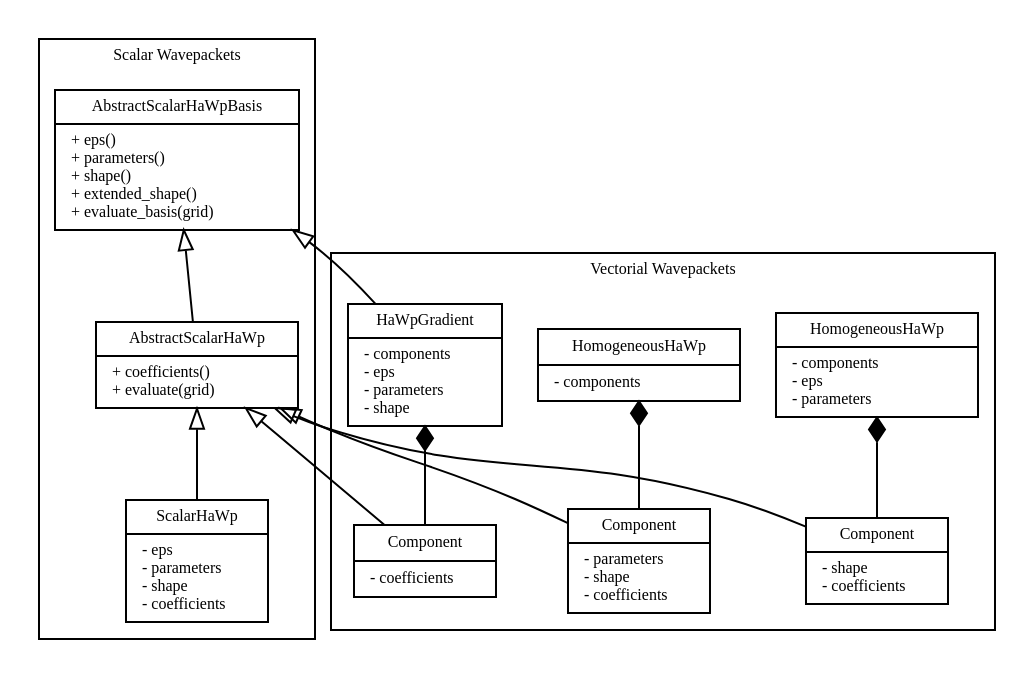
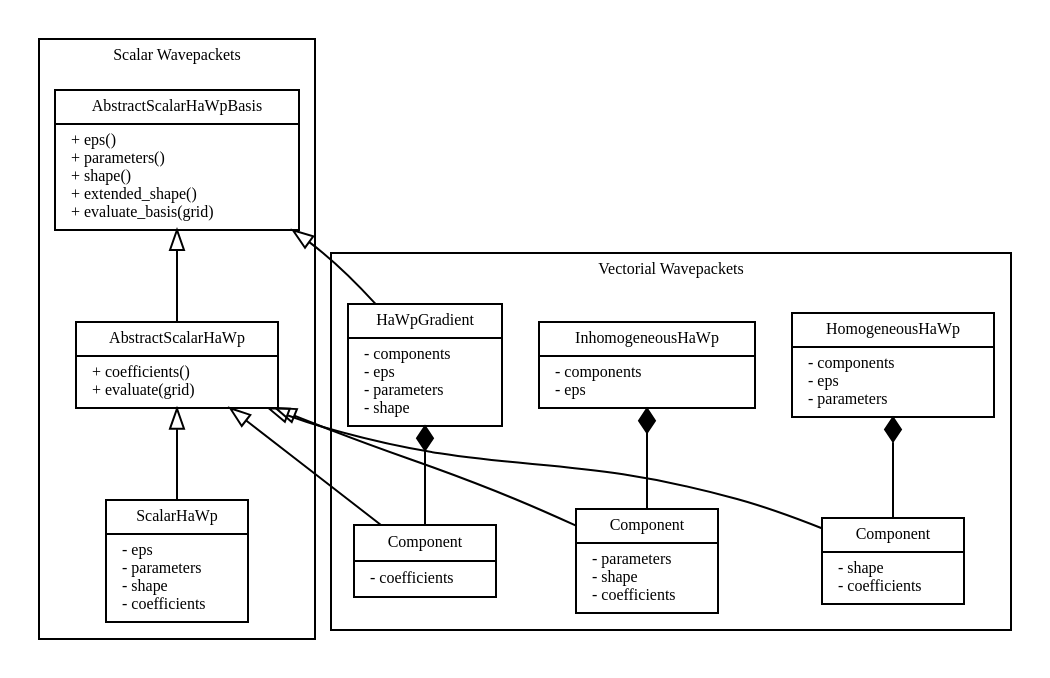
The diagram in doc/hawp_inheritance.dot (WaveBlocks/libwaveblocks), drawn with Graphviz before and after one commit.

Commit message:
More corrections to UMLx

```diff
--- a/doc/hawp_inheritance.dot
+++ b/doc/hawp_inheritance.dot
@@ -1,92 +1,95 @@
 digraph HaWpInheritance {
     fontname = "Bitstream Vera Sans"
     fontsize = 8
 
     node [
         fontname = "Bitstream Vera Sans"
         fontsize = 8
         shape = "record"
     ]
 
     edge [
         fontname = "Bitstream Vera Sans"
         fontsize = 8
         
     ]
     
     subgraph clusterScalarWavepackets {
         label = "Scalar Wavepackets"
         
         AbstractScalarHaWpBasis [
             label = "{AbstractScalarHaWpBasis|+ eps() \l+ parameters() \l+ shape() \l+ extended_shape() \l+ evaluate_basis(grid) \l}"
+            group = groupMain
         ]
         
         AbstractScalarHaWp [
             label = "{AbstractScalarHaWp|+ coefficients() \l+ evaluate(grid) \l}"
+            group = groupMain
         ]
         
         ScalarHaWp [
             label = "{ScalarHaWp|- eps \l- parameters \l- shape \l- coefficients \l}"
+            group = groupMain
         ]
         
         edge [
             arrowtail = "empty"
         ]
         
         AbstractScalarHaWpBasis -> AbstractScalarHaWp [dir="back"]
         AbstractScalarHaWp -> ScalarHaWp [dir="back"]
     }
     
     subgraph clusterVectorialWavepackets {
         label = "Vectorial Wavepackets"
         
         HomogeneousHaWp__Component [
             label = "{Component|- shape \l- coefficients \l}"
             group = groupHomogeneousHaWp
         ]
         
         HomogeneousHaWp [
             label = "{HomogeneousHaWp|- components \l- eps \l- parameters \l}"
             group = groupHomogeneousHaWp
         ]
         
         
         InhomogeneousHaWp__Component [
             label = "{Component|- parameters \l- shape\l- coefficients \l}"
             group = groupInhomogeneousHaWp
         ]
         
         InhomogeneousHaWp [
-            label = "{HomogeneousHaWp|- components \l}"
+            label = "{InhomogeneousHaWp|- components \l- eps \l}"
             group = groupInhomogeneousHaWp
         ]
         
         
         HaWpGradient__Component [
             label = "{Component|- coefficients \l}"
             group = groupHaWpGradient
         ]
         
         HaWpGradient [
             label = "{HaWpGradient|- components \l- eps \l- parameters \l- shape \l}"
             group = groupHaWpGradient
         ]
         
         edge [
             arrowtail = "diamond"
         ]
         
         HomogeneousHaWp -> HomogeneousHaWp__Component [dir="back"]
         InhomogeneousHaWp -> InhomogeneousHaWp__Component [dir="back"]
         HaWpGradient -> HaWpGradient__Component [dir="back"]
     }
     
     edge [
         arrowtail = "empty"
     ]
     
     AbstractScalarHaWpBasis -> HaWpGradient [dir="back"]
     AbstractScalarHaWp -> HomogeneousHaWp__Component [dir="back"]
     AbstractScalarHaWp -> InhomogeneousHaWp__Component [dir="back"]
     AbstractScalarHaWp -> HaWpGradient__Component  [dir="back"]
 }
```
